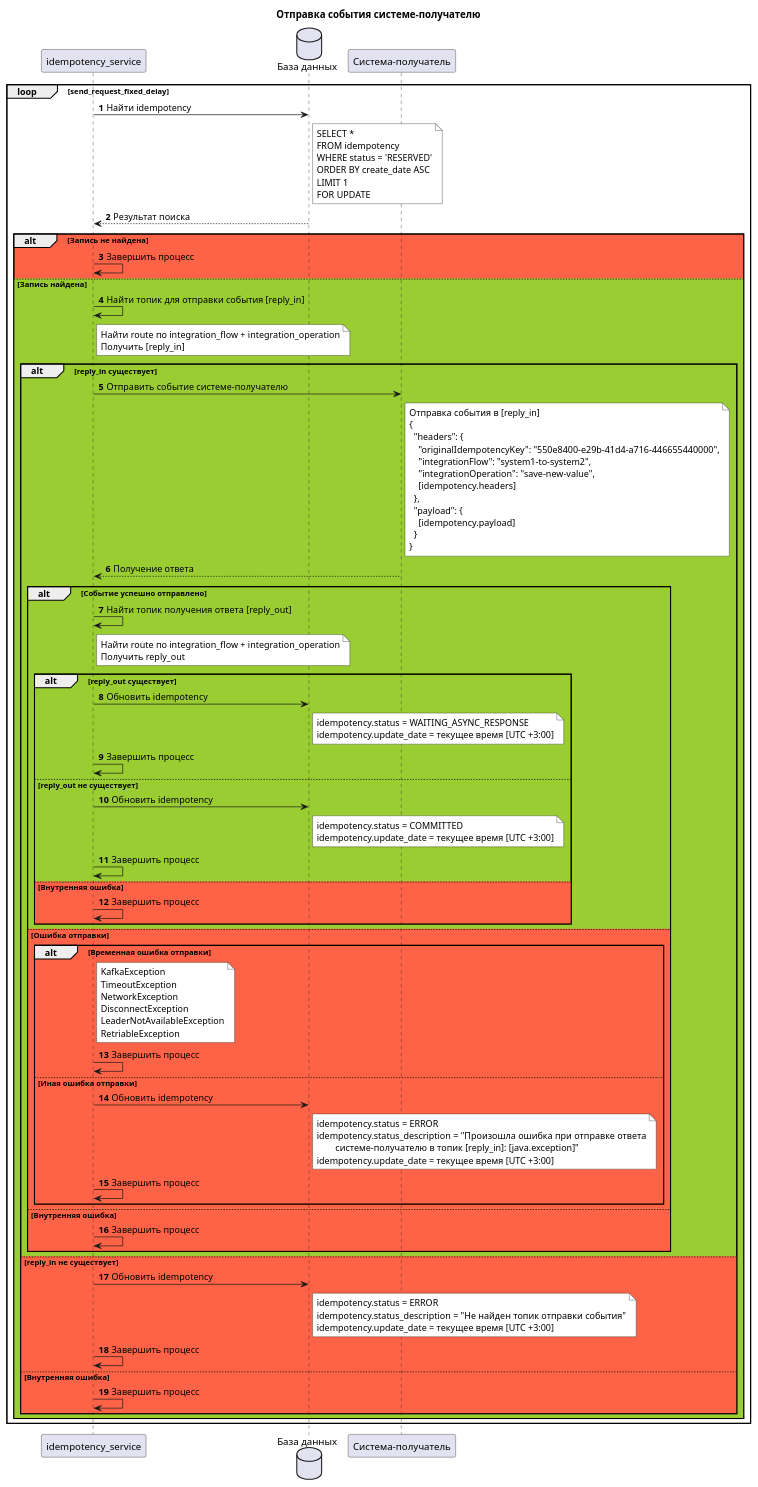
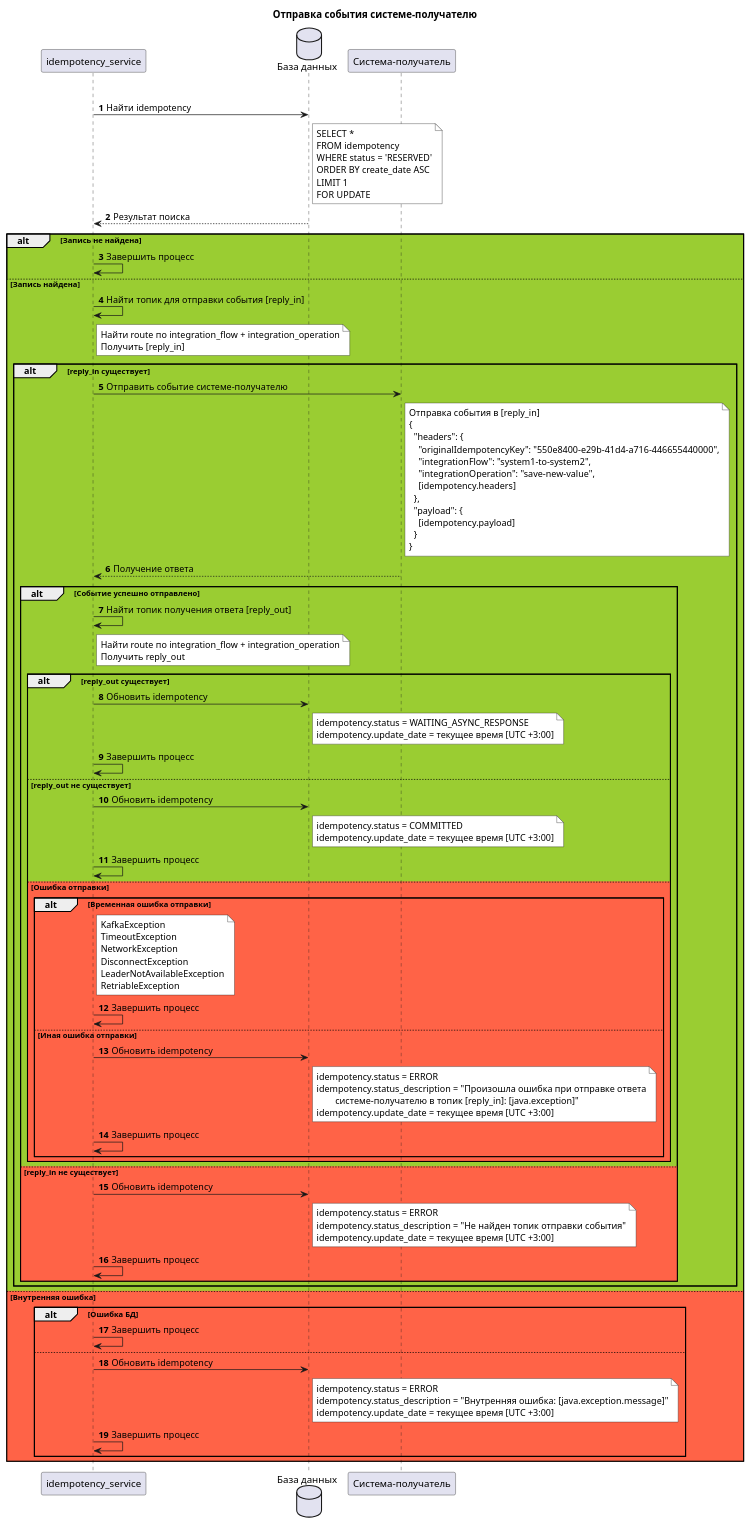
One commit to idempotence-service/core changed the diagram in architecture/3.puml. Above: the diagram before and after it, drawn with PlantUML. The commit also changed 6 other files, not shown here.

```diff
--- a/architecture/3.puml
+++ b/architecture/3.puml
@@ -1,131 +1,128 @@
 @startuml
 title Отправка события системе-получателю
 
 autonumber
 
 participant "idempotency_service" as IdemService
 database "База данных" as DB
 participant "Система-получатель" as Receiver
 
 loop send_request_fixed_delay
 
     IdemService -> DB : Найти idempotency
     note right of DB #FFFFFF
         SELECT *
         FROM idempotency
         WHERE status = 'RESERVED'
         ORDER BY create_date ASC
         LIMIT 1
         FOR UPDATE
     end note
 
     DB --> IdemService : Результат поиска
 
-    alt #tomato Запись не найдена
+    alt #yellowgreen Запись не найдена
         IdemService -> IdemService : Завершить процесс
 
     else #yellowgreen Запись найдена
 
         IdemService -> IdemService : Найти топик для отправки события [reply_in]
 
         note right of IdemService #FFFFFF
             Найти route по integration_flow + integration_operation
             Получить [reply_in]
         end note
 
         alt reply_in существует
 
             IdemService -> Receiver : Отправить событие системе-получателю
             note right of Receiver #FFFFFF
                 Отправка события в [reply_in]
                 {
                   "headers": {
                     "originalIdempotencyKey": "550e8400-e29b-41d4-a716-446655440000",
                     "integrationFlow": "system1-to-system2",
                     "integrationOperation": "save-new-value",
                     [idempotency.headers]
                   },
                   "payload": {
                     [idempotency.payload]
                   }
                 }
             end note
 
             Receiver --> IdemService : Получение ответа
 
             alt Событие успешно отправлено
                 IdemService -> IdemService : Найти топик получения ответа [reply_out]
                 note right of IdemService #FFFFFF
                     Найти route по integration_flow + integration_operation
                     Получить reply_out
                 end note
 
                 alt reply_out существует
                     IdemService -> DB : Обновить idempotency
                     note right of DB #FFFFFF
                         idempotency.status = WAITING_ASYNC_RESPONSE
                         idempotency.update_date = текущее время [UTC +3:00]
                     end note
                     IdemService -> IdemService : Завершить процесс
 
                 else reply_out не существует
                     IdemService -> DB : Обновить idempotency
                     note right of DB #FFFFFF
                         idempotency.status = COMMITTED
                         idempotency.update_date = текущее время [UTC +3:00]
                     end note
                     IdemService -> IdemService : Завершить процесс
-
-                else #tomato Внутренняя ошибка
-                    IdemService -> IdemService : Завершить процесс
-                end
-
             else #tomato Ошибка отправки
                 alt Временная ошибка отправки
                     note right of IdemService #FFFFFF
                         KafkaException
                         TimeoutException
                         NetworkException
                         DisconnectException
                         LeaderNotAvailableException
                         RetriableException
                     end note
 
                     IdemService -> IdemService : Завершить процесс
 
                 else #tomato Иная ошибка отправки
                     IdemService -> DB : Обновить idempotency
                     note right of DB #FFFFFF
                         idempotency.status = ERROR
                         idempotency.status_description = "Произошла ошибка при отправке ответа
                                 системе-получателю в топик [reply_in]: [java.exception]"
                         idempotency.update_date = текущее время [UTC +3:00]
                     end note
-
                     IdemService -> IdemService : Завершить процесс
-
                 end
-
-            else #tomato Внутренняя ошибка
-                IdemService -> IdemService : Завершить процесс
             end
 
         else #tomato reply_in не существует
 
             IdemService -> DB : Обновить idempotency
             note right of DB #FFFFFF
                 idempotency.status = ERROR
                 idempotency.status_description = "Не найден топик отправки события"
                 idempotency.update_date = текущее время [UTC +3:00]
             end note
 
             IdemService -> IdemService : Завершить процесс
-
-        else #tomato Внутренняя ошибка
-            IdemService -> IdemService : Завершить процесс
         end
-
     end
-
+else #tomato Внутренняя ошибка
+    alt Ошибка БД
+        IdemService -> IdemService : Завершить процесс
+    else
+        IdemService -> DB : Обновить idempotency
+        note right of DB #FFFFFF
+            idempotency.status = ERROR
+            idempotency.status_description = "Внутренняя ошибка: [java.exception.message]"
+            idempotency.update_date = текущее время [UTC +3:00]
+        end note
+        IdemService -> IdemService : Завершить процесс
+    end
 end
 @enduml
```
